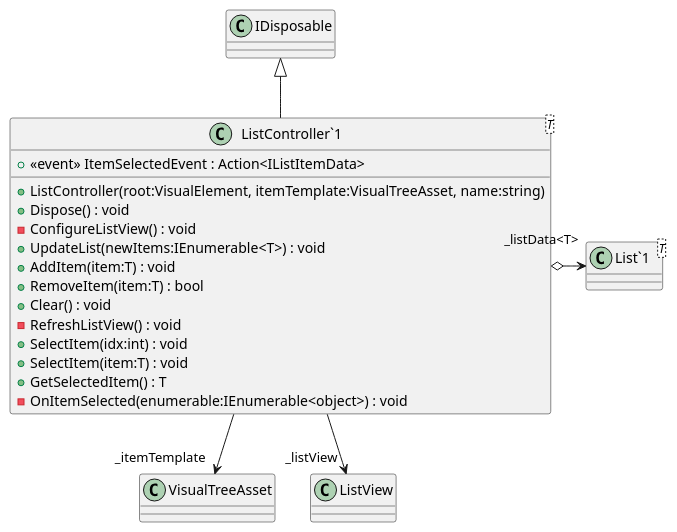
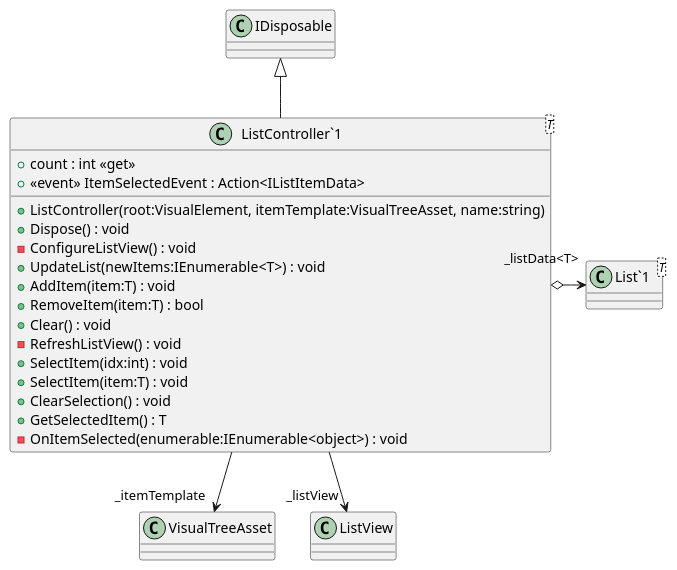
One commit to Ubus99/AVRO-Simulation changed the diagram in Assets/Documentation/UML/Simulation/UI/ListController.puml. Above: the diagram before and after it, drawn with PlantUML. The commit also changed 55 other files, not shown here.

```diff
--- a/Assets/Documentation/UML/Simulation/UI/ListController.puml
+++ b/Assets/Documentation/UML/Simulation/UI/ListController.puml
@@ -1,23 +1,25 @@
 @startuml
 class "ListController`1"<T> {
     + ListController(root:VisualElement, itemTemplate:VisualTreeAsset, name:string)
+    + count : int <<get>>
     + Dispose() : void
     +  <<event>> ItemSelectedEvent : Action<IListItemData> 
     - ConfigureListView() : void
     + UpdateList(newItems:IEnumerable<T>) : void
     + AddItem(item:T) : void
     + RemoveItem(item:T) : bool
     + Clear() : void
     - RefreshListView() : void
     + SelectItem(idx:int) : void
     + SelectItem(item:T) : void
+    + ClearSelection() : void
     + GetSelectedItem() : T
     - OnItemSelected(enumerable:IEnumerable<object>) : void
 }
 class "List`1"<T> {
 }
 IDisposable <|-- "ListController`1"
 "ListController`1" --> "_itemTemplate" VisualTreeAsset
 "ListController`1" o-> "_listData<T>" "List`1"
 "ListController`1" --> "_listView" ListView
 @enduml
```
